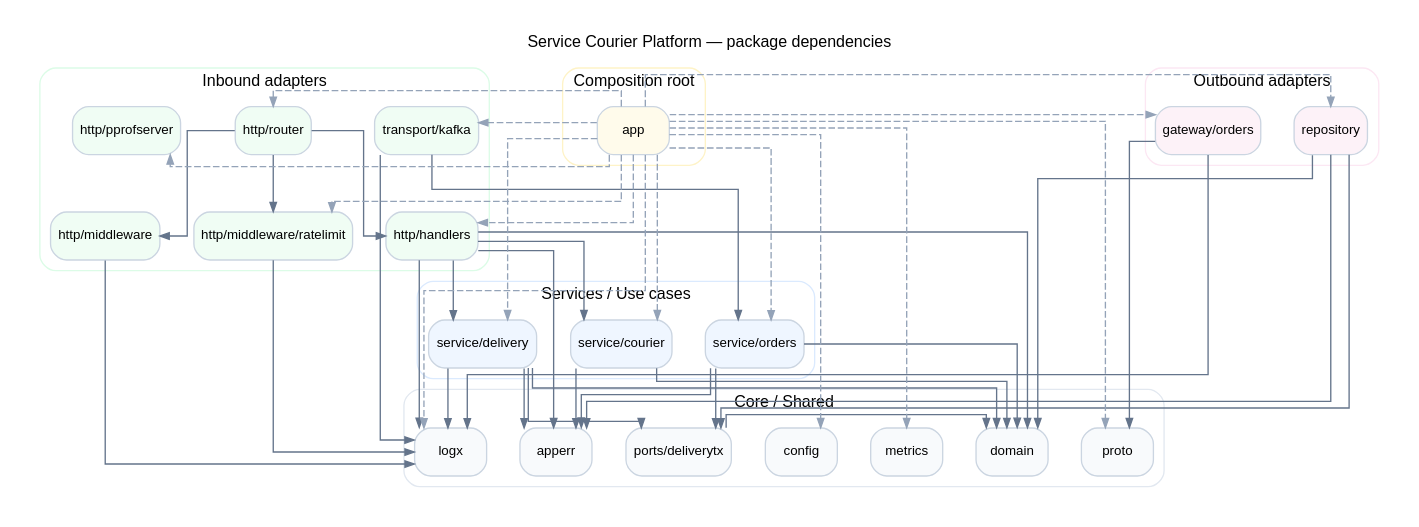
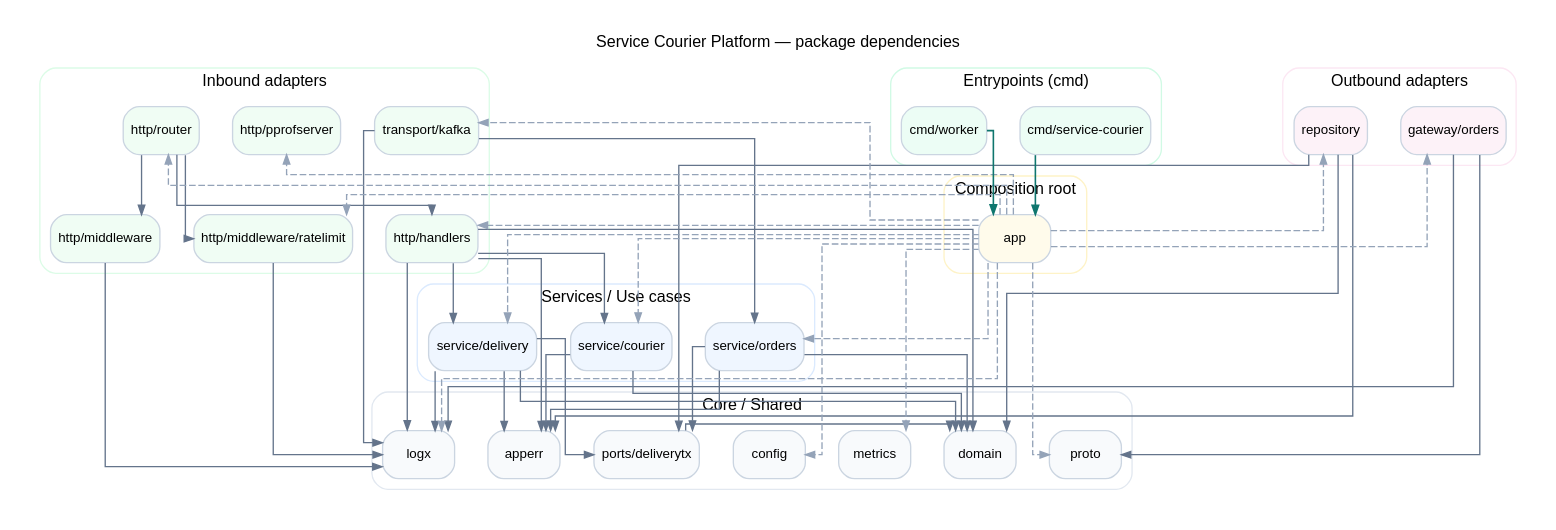
The diagram in deps.dot (Orurh/Service-courier-platform-go), drawn with Graphviz before and after one commit. The commit also changed 1 other file, not shown here.

```diff
--- a/deps.dot
+++ b/deps.dot
@@ -1,149 +1,162 @@
 digraph G {
   graph [
     rankdir=TB,
     fontname="Arial",
     fontsize=12,
     labelloc="t",
     label="Service Courier Platform — package dependencies",
     splines=ortho,
     overlap=false,
     newrank=true,
     nodesep=0.35,
     ranksep=0.6,
     pad=0.2
   ];
 
   node [
     shape=box,
     style="rounded,filled",
     fillcolor="white",
     color="#CBD5E1",
     fontname="Arial",
     fontsize=10,
     margin="0.08,0.05"
   ];
 
   edge [
     color="#64748B",
     arrowsize=0.7,
     penwidth=1.0
   ];
 
   // ---------- Core / shared ----------
   subgraph cluster_core {
     label = "Core / Shared";
     color = "#E2E8F0";
     style = "rounded";
 
     apperr      [label="apperr", fillcolor="#F8FAFC"];
     domain      [label="domain", fillcolor="#F8FAFC"];
     logx        [label="logx", fillcolor="#F8FAFC"];
     metrics     [label="metrics", fillcolor="#F8FAFC"];
     config      [label="config", fillcolor="#F8FAFC"];
     proto       [label="proto", fillcolor="#F8FAFC"];
     ports_tx    [label="ports/deliverytx", fillcolor="#F8FAFC"];
   }
 
   // ---------- Use cases / services ----------
   subgraph cluster_services {
     label = "Services / Use cases";
     color = "#DBEAFE";
     style = "rounded";
 
     svc_courier  [label="service/courier", fillcolor="#EFF6FF"];
     svc_delivery [label="service/delivery", fillcolor="#EFF6FF"];
     svc_orders   [label="service/orders", fillcolor="#EFF6FF"];
   }
 
   // ---------- Inbound adapters ----------
   subgraph cluster_inbound {
     label = "Inbound adapters";
     color = "#DCFCE7";
     style = "rounded";
 
     http_handlers   [label="http/handlers", fillcolor="#F0FDF4"];
     http_mw         [label="http/middleware", fillcolor="#F0FDF4"];
     http_mw_rl      [label="http/middleware/ratelimit", fillcolor="#F0FDF4"];
     http_router     [label="http/router", fillcolor="#F0FDF4"];
     http_pprof      [label="http/pprofserver", fillcolor="#F0FDF4"];
     kafka_transport [label="transport/kafka", fillcolor="#F0FDF4"];
   }
 
   // ---------- Outbound adapters ----------
   subgraph cluster_outbound {
     label = "Outbound adapters";
     color = "#FCE7F3";
     style = "rounded";
 
     repo        [label="repository", fillcolor="#FDF2F8"];
     gw_orders   [label="gateway/orders", fillcolor="#FDF2F8"];
   }
 
   // ---------- Composition root ----------
   subgraph cluster_app {
     label = "Composition root";
     color = "#FEF3C7";
     style = "rounded";
 
     app [label="app", fillcolor="#FFFBEB"];
   }
 
+  // ---------- Entrypoints / binaries ----------
+  subgraph cluster_cmd {
+    label = "Entrypoints (cmd)";
+    color = "#D1FAE5";
+    style = "rounded";
+
+    cmd_api    [label="cmd/service-courier", fillcolor="#ECFDF5"];
+    cmd_worker [label="cmd/worker", fillcolor="#ECFDF5"];
+  }
+
   // ---------- Optional layout hints ----------
-  { rank=min; app; }
+  { rank=min; cmd_api; cmd_worker; }
+  { rank=same; app; }
   { rank=same; apperr; domain; logx; metrics; config; proto; ports_tx; }
   { rank=same; http_router; kafka_transport; gw_orders; repo; }
 
   // ---------- Dependencies (same meaning as your original graph) ----------
   gw_orders -> logx;
   gw_orders -> proto;
 
   svc_courier -> apperr;
   svc_courier -> domain;
 
   ports_tx -> domain;
 
   svc_delivery -> apperr;
   svc_delivery -> domain;
   svc_delivery -> logx;
   svc_delivery -> ports_tx;
 
   http_handlers -> apperr;
   http_handlers -> domain;
   http_handlers -> logx;
   http_handlers -> svc_courier;
   http_handlers -> svc_delivery;
 
   http_mw_rl -> logx;
   http_mw -> logx;
 
   http_router -> http_handlers;
   http_router -> http_mw;
   http_router -> http_mw_rl;
 
   repo -> apperr;
   repo -> domain;
   repo -> ports_tx;
 
   svc_orders -> apperr;
   svc_orders -> domain;
   svc_orders -> ports_tx;
 
   kafka_transport -> logx;
   kafka_transport -> svc_orders;
+  cmd_api -> app    [color="#0F766E", penwidth=1.2];
+  cmd_worker -> app [color="#0F766E", penwidth=1.2];
 
   // Composition root wiring (shown as dashed edges)
   app -> config          [style=dashed, color="#94A3B8", constraint=false];
   app -> gw_orders       [style=dashed, color="#94A3B8", constraint=false];
   app -> http_handlers   [style=dashed, color="#94A3B8", constraint=false];
   app -> http_mw_rl      [style=dashed, color="#94A3B8", constraint=false];
   app -> http_pprof      [style=dashed, color="#94A3B8", constraint=false];
   app -> http_router     [style=dashed, color="#94A3B8", constraint=false];
   app -> logx            [style=dashed, color="#94A3B8", constraint=false];
   app -> metrics         [style=dashed, color="#94A3B8", constraint=false];
   app -> proto           [style=dashed, color="#94A3B8", constraint=false];
   app -> repo            [style=dashed, color="#94A3B8", constraint=false];
   app -> svc_courier     [style=dashed, color="#94A3B8", constraint=false];
   app -> svc_delivery    [style=dashed, color="#94A3B8", constraint=false];
   app -> svc_orders      [style=dashed, color="#94A3B8", constraint=false];
   app -> kafka_transport [style=dashed, color="#94A3B8", constraint=false];
 }
```
